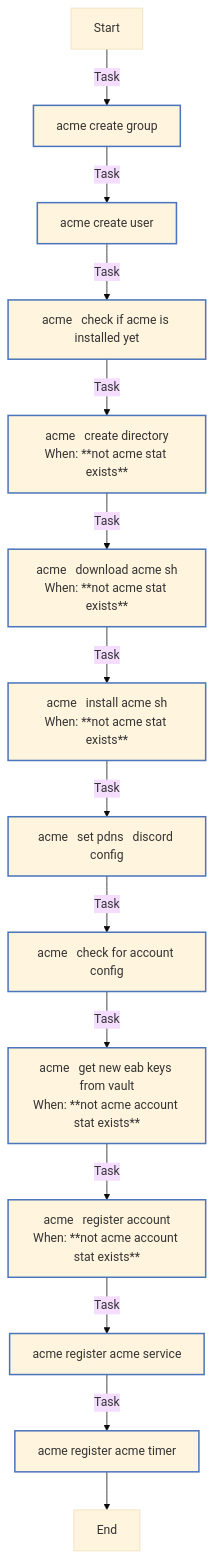
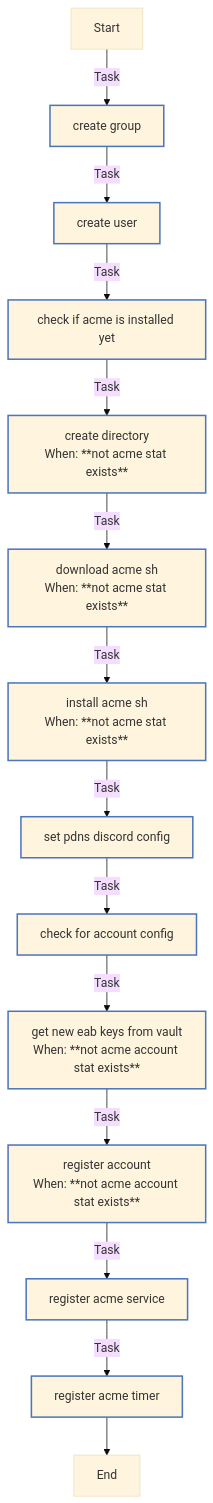
One commit to srnet-uk/ansible-role-acme changed the diagram in README.md. Above: the diagram before and after it, drawn with Mermaid (base theme). The commit also changed other lines of this file and 1 other file, not shown here.

Commit message:
chore: remove names from tasks

````diff
--- a/README.md
+++ b/README.md
@@ -55,26 +55,26 @@
 ```mermaid
 flowchart TD
 Start
 classDef block stroke:#3498db,stroke-width:2px;
 classDef task stroke:#4b76bb,stroke-width:2px;
 classDef includeTasks stroke:#16a085,stroke-width:2px;
 classDef importTasks stroke:#34495e,stroke-width:2px;
 classDef includeRole stroke:#2980b9,stroke-width:2px;
 classDef importRole stroke:#699ba7,stroke-width:2px;
 classDef includeVars stroke:#8e44ad,stroke-width:2px;
 classDef rescue stroke:#665352,stroke-width:2px;
 
-  Start-->|Task| Acme___Create_group0[acme   create group]:::task
-  Acme___Create_group0-->|Task| Acme___Create_user1[acme   create user]:::task
-  Acme___Create_user1-->|Task| Acme___Check_if_acme_is_installed_yet2[acme   check if acme is installed yet]:::task
-  Acme___Check_if_acme_is_installed_yet2-->|Task| Acme___Create_directory3[acme   create directory<br>When: **not acme stat exists**]:::task
-  Acme___Create_directory3-->|Task| Acme___Download_acme_sh4[acme   download acme sh<br>When: **not acme stat exists**]:::task
-  Acme___Download_acme_sh4-->|Task| Acme___Install_acme_sh5[acme   install acme sh<br>When: **not acme stat exists**]:::task
-  Acme___Install_acme_sh5-->|Task| Acme___Set_PDNS___discord_config6[acme   set pdns   discord config]:::task
-  Acme___Set_PDNS___discord_config6-->|Task| Acme___check_for_account_config7[acme   check for account config]:::task
-  Acme___check_for_account_config7-->|Task| Acme___Get_new_EAB_keys_from_vault8[acme   get new eab keys from vault<br>When: **not acme account stat exists**]:::task
-  Acme___Get_new_EAB_keys_from_vault8-->|Task| Acme___Register_account9[acme   register account<br>When: **not acme account stat exists**]:::task
-  Acme___Register_account9-->|Task| Acme___Register_acme_service10[acme   register acme service]:::task
-  Acme___Register_acme_service10-->|Task| Acme___Register_acme_timer11[acme   register acme timer]:::task
-  Acme___Register_acme_timer11-->End
+  Start-->|Task| Create_group0[create group]:::task
+  Create_group0-->|Task| Create_user1[create user]:::task
+  Create_user1-->|Task| Check_if_acme_is_installed_yet2[check if acme is installed yet]:::task
+  Check_if_acme_is_installed_yet2-->|Task| Create_directory3[create directory<br>When: **not acme stat exists**]:::task
+  Create_directory3-->|Task| Download_acme_sh4[download acme sh<br>When: **not acme stat exists**]:::task
+  Download_acme_sh4-->|Task| Install_acme_sh5[install acme sh<br>When: **not acme stat exists**]:::task
+  Install_acme_sh5-->|Task| Set_PDNS___discord_config6[set pdns   discord config]:::task
+  Set_PDNS___discord_config6-->|Task| Check_for_account_config7[check for account config]:::task
+  Check_for_account_config7-->|Task| Get_new_EAB_keys_from_vault8[get new eab keys from vault<br>When: **not acme account stat exists**]:::task
+  Get_new_EAB_keys_from_vault8-->|Task| Register_account9[register account<br>When: **not acme account stat exists**]:::task
+  Register_account9-->|Task| Register_acme_service10[register acme service]:::task
+  Register_acme_service10-->|Task| Register_acme_timer11[register acme timer]:::task
+  Register_acme_timer11-->End
 ```
````
